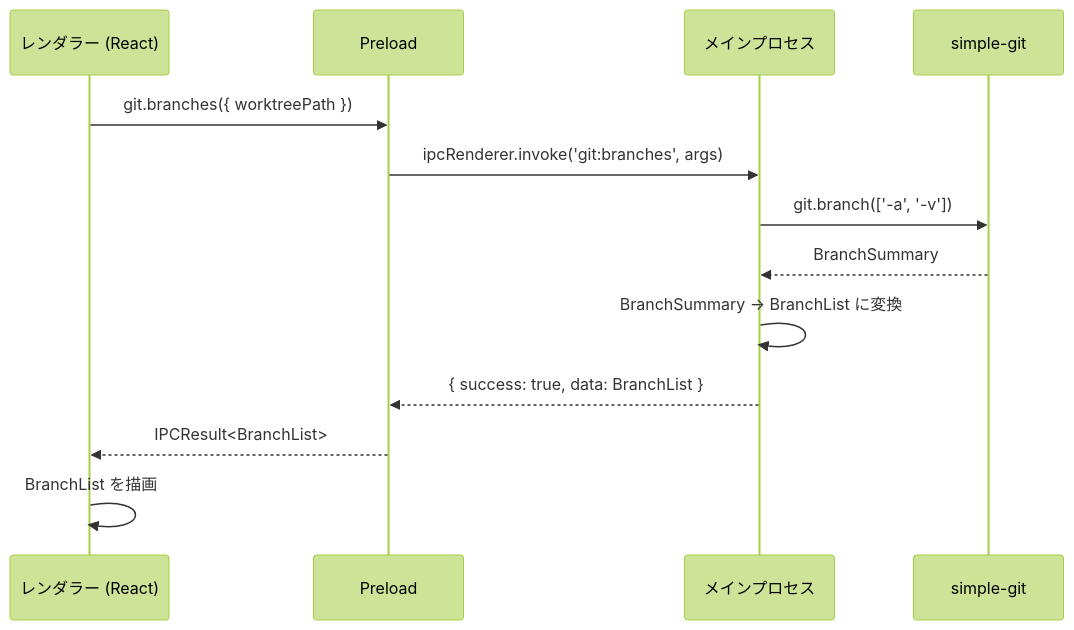
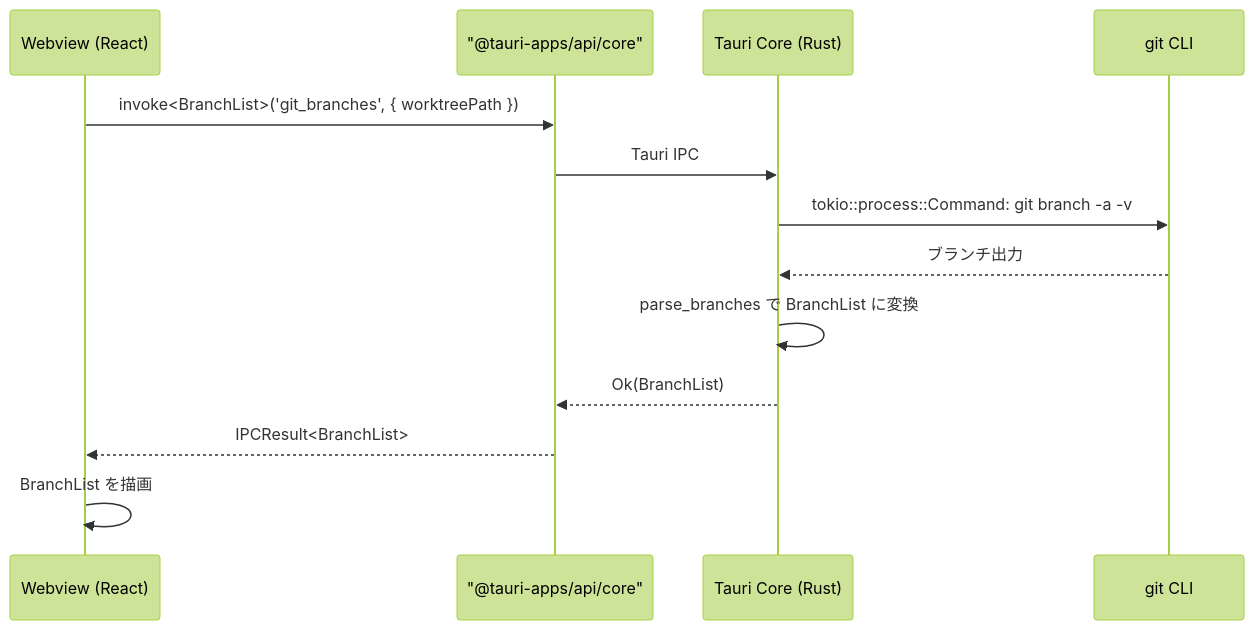
Before and after one commit to ToshikiImagawa/Buruma: the fourth of 4 diagrams in .sdd/specification/repository-viewer_spec.md, drawn with Mermaid (forest theme). The commit also changed other lines of this file and 7 other files, not shown here.

````diff
--- a/.sdd/specification/repository-viewer_spec.md
+++ b/.sdd/specification/repository-viewer_spec.md
@@ -436,15 +436,15 @@
 ```mermaid
 sequenceDiagram
-    participant Renderer as レンダラー (React)
-    participant Preload as Preload
-    participant Main as メインプロセス
-    participant Git as simple-git
-    Renderer ->> Preload: git.branches({ worktreePath })
-    Preload ->> Main: ipcRenderer.invoke('git:branches', args)
-    Main ->> Git: git.branch(['-a', '-v'])
-    Git -->> Main: BranchSummary
-    Main ->> Main: BranchSummary → BranchList に変換
-    Main -->> Preload: { success: true, data: BranchList }
-    Preload -->> Renderer: IPCResult<BranchList>
-    Renderer ->> Renderer: BranchList を描画
+    participant Webview as Webview (React)
+    participant Invoke as "@tauri-apps/api/core"
+    participant Core as Tauri Core (Rust)
+    participant Git as git CLI
+    Webview ->> Invoke: invoke<BranchList>('git_branches', { worktreePath })
+    Invoke ->> Core: Tauri IPC
+    Core ->> Git: tokio::process::Command: git branch -a -v
+    Git -->> Core: ブランチ出力
+    Core ->> Core: parse_branches で BranchList に変換
+    Core -->> Invoke: Ok(BranchList)
+    Invoke -->> Webview: IPCResult<BranchList>
+    Webview ->> Webview: BranchList を描画
 ```
````
